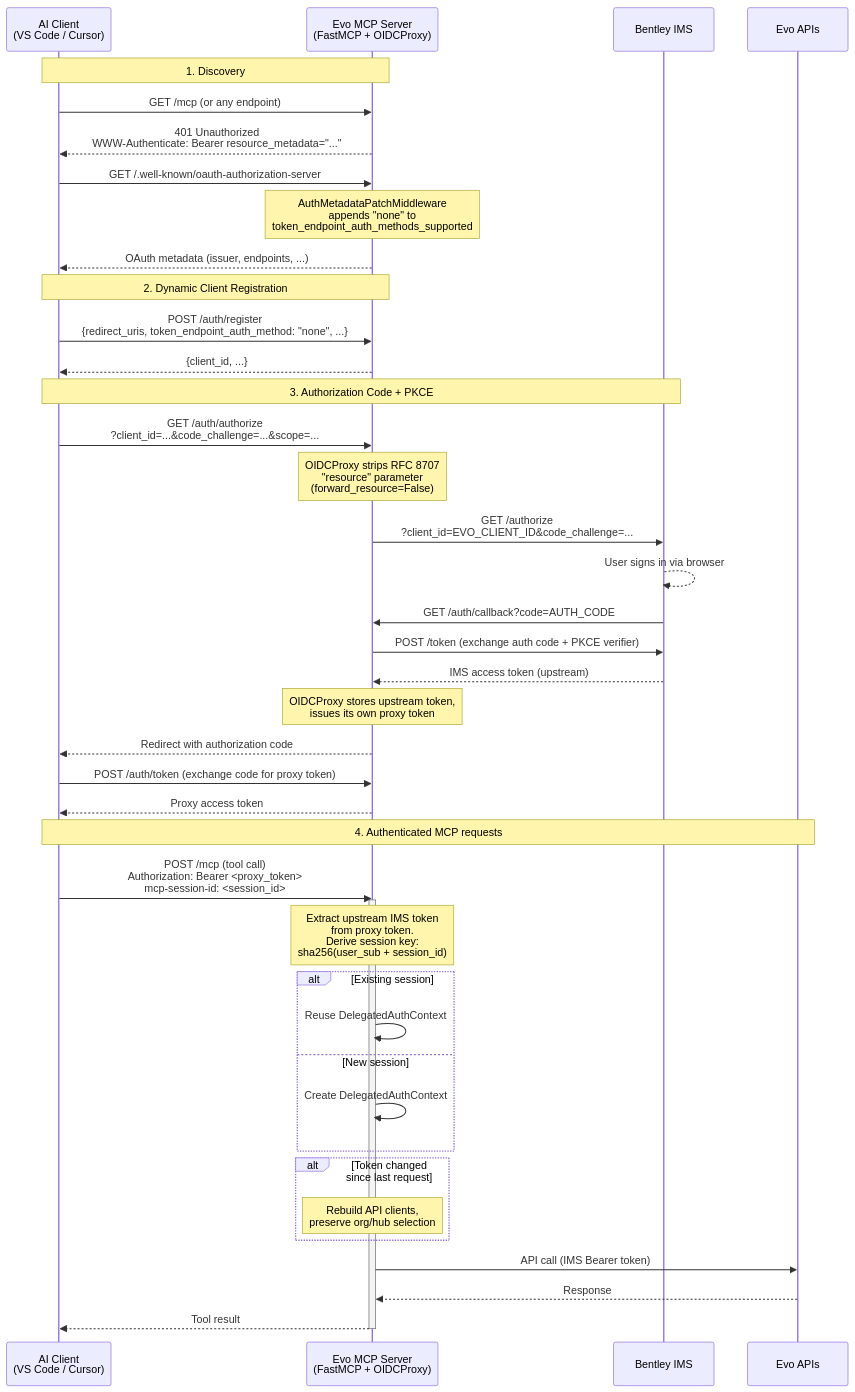
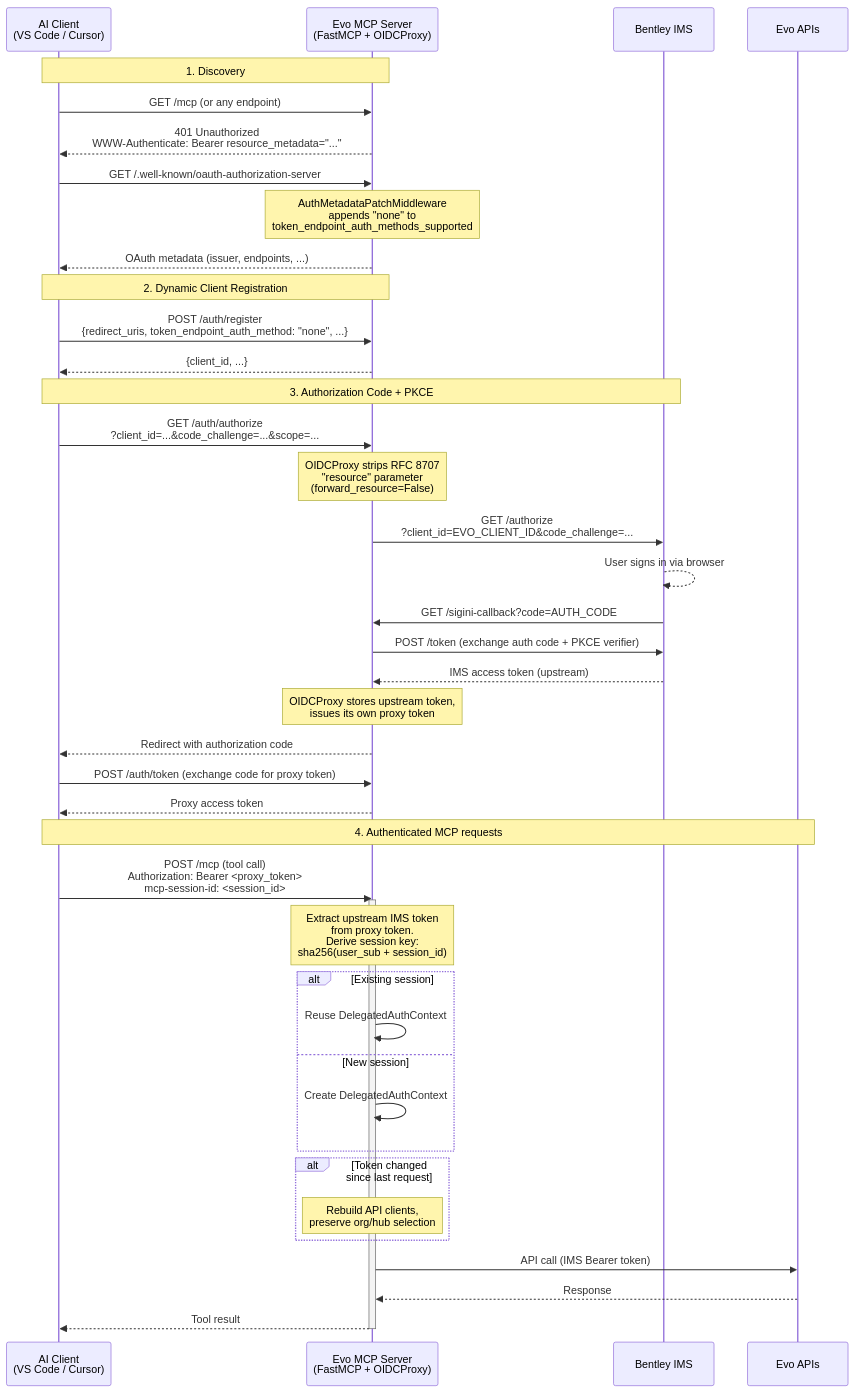
One commit to SeequentEvo/evo-mcp changed the fourth of 5 diagrams in docs/authentication.md. Above: the diagram before and after it, drawn with Mermaid. The commit also changed other lines of this file and 4 other files, not shown here.

````diff
--- a/docs/authentication.md
+++ b/docs/authentication.md
@@ -126,55 +126,55 @@
 ```mermaid
 sequenceDiagram
     participant Client as AI Client<br/>(VS Code / Cursor)
     participant MCP as Evo MCP Server<br/>(FastMCP + OIDCProxy)
     participant IMS as Bentley IMS
     participant Evo as Evo APIs
 
     Note over Client,MCP: 1. Discovery
     Client->>MCP: GET /mcp (or any endpoint)
     MCP-->>Client: 401 Unauthorized<br/>WWW-Authenticate: Bearer resource_metadata="..."
 
     Client->>MCP: GET /.well-known/oauth-authorization-server
     Note over MCP: AuthMetadataPatchMiddleware<br/>appends "none" to<br/>token_endpoint_auth_methods_supported
     MCP-->>Client: OAuth metadata (issuer, endpoints, ...)
 
     Note over Client,MCP: 2. Dynamic Client Registration
     Client->>MCP: POST /auth/register<br/>{redirect_uris, token_endpoint_auth_method: "none", ...}
     MCP-->>Client: {client_id, ...}
 
     Note over Client,IMS: 3. Authorization Code + PKCE
     Client->>MCP: GET /auth/authorize<br/>?client_id=...&code_challenge=...&scope=...
     Note over MCP: OIDCProxy strips RFC 8707<br/>"resource" parameter<br/>(forward_resource=False)
     MCP->>IMS: GET /authorize<br/>?client_id=EVO_CLIENT_ID&code_challenge=...
     IMS-->>IMS: User signs in via browser
-    IMS->>MCP: GET /auth/callback?code=AUTH_CODE
+    IMS->>MCP: GET /sigini-callback?code=AUTH_CODE
     MCP->>IMS: POST /token (exchange auth code + PKCE verifier)
     IMS-->>MCP: IMS access token (upstream)
 
     Note over MCP: OIDCProxy stores upstream token,<br/>issues its own proxy token
     MCP-->>Client: Redirect with authorization code
     Client->>MCP: POST /auth/token (exchange code for proxy token)
     MCP-->>Client: Proxy access token
 
     Note over Client,Evo: 4. Authenticated MCP requests
     Client->>MCP: POST /mcp (tool call)<br/>Authorization: Bearer <proxy_token><br/>mcp-session-id: <session_id>
     activate MCP
 
     Note over MCP: Extract upstream IMS token<br/>from proxy token.<br/>Derive session key:<br/>sha256(user_sub + session_id)
 
     alt Existing session
         MCP->>MCP: Reuse DelegatedAuthContext
     else New session
         MCP->>MCP: Create DelegatedAuthContext
     end
 
     alt Token changed since last request
         Note over MCP: Rebuild API clients,<br/>preserve org/hub selection
     end
 
     MCP->>Evo: API call (IMS Bearer token)
     Evo-->>MCP: Response
     MCP-->>Client: Tool result
 
     deactivate MCP
 ```
````
